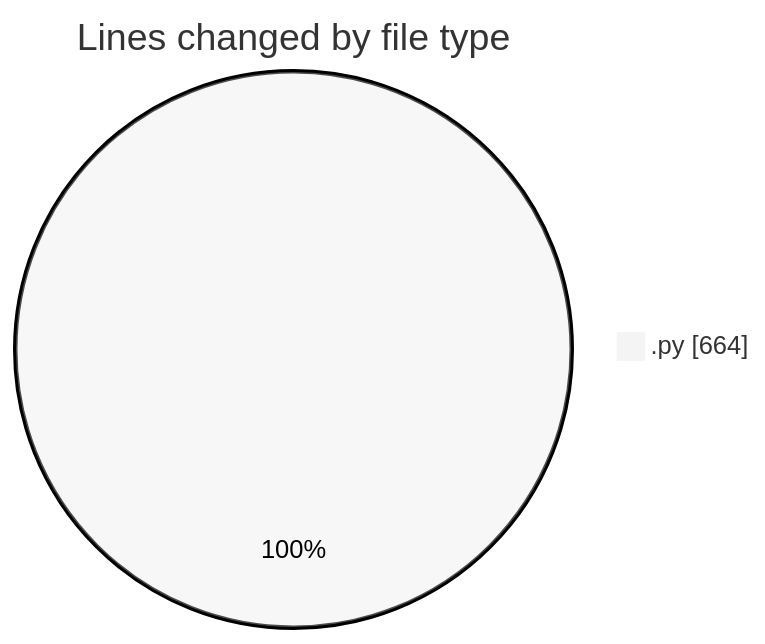
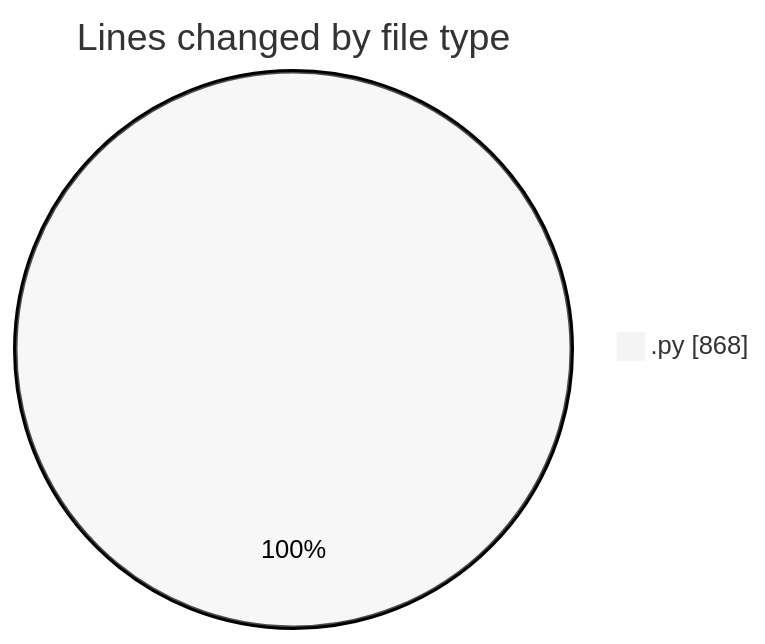
Before and after one commit to julien-gomy/code-tracking: the first of 2 diagrams in 2025-11-20/eventscop-api-guide__workspace_/README.md, drawn with Mermaid (neutral theme). The commit also changed other lines of this file and 1 other file, not shown here.

````diff
--- a/2025-11-20/eventscop-api-guide__workspace_/README.md
+++ b/2025-11-20/eventscop-api-guide__workspace_/README.md
@@ -22,5 +23,5 @@
 ```mermaid
 pie showData
 title Lines changed by file type
-".py" : 664
+".py" : 868
 ```
````
